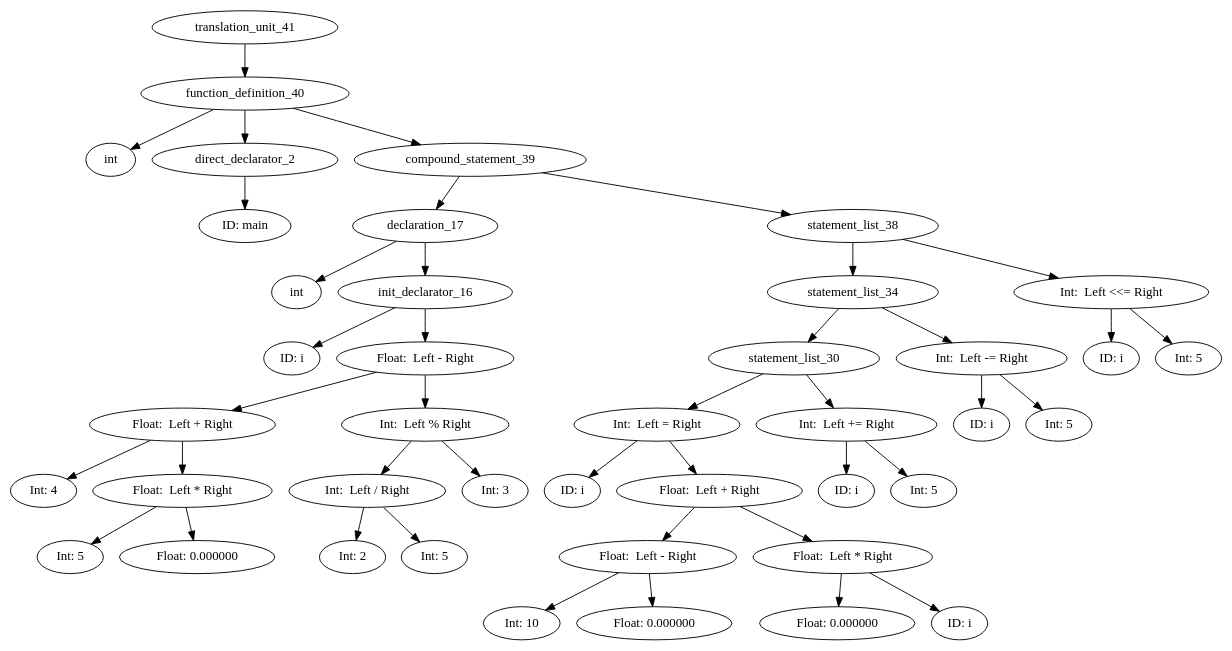
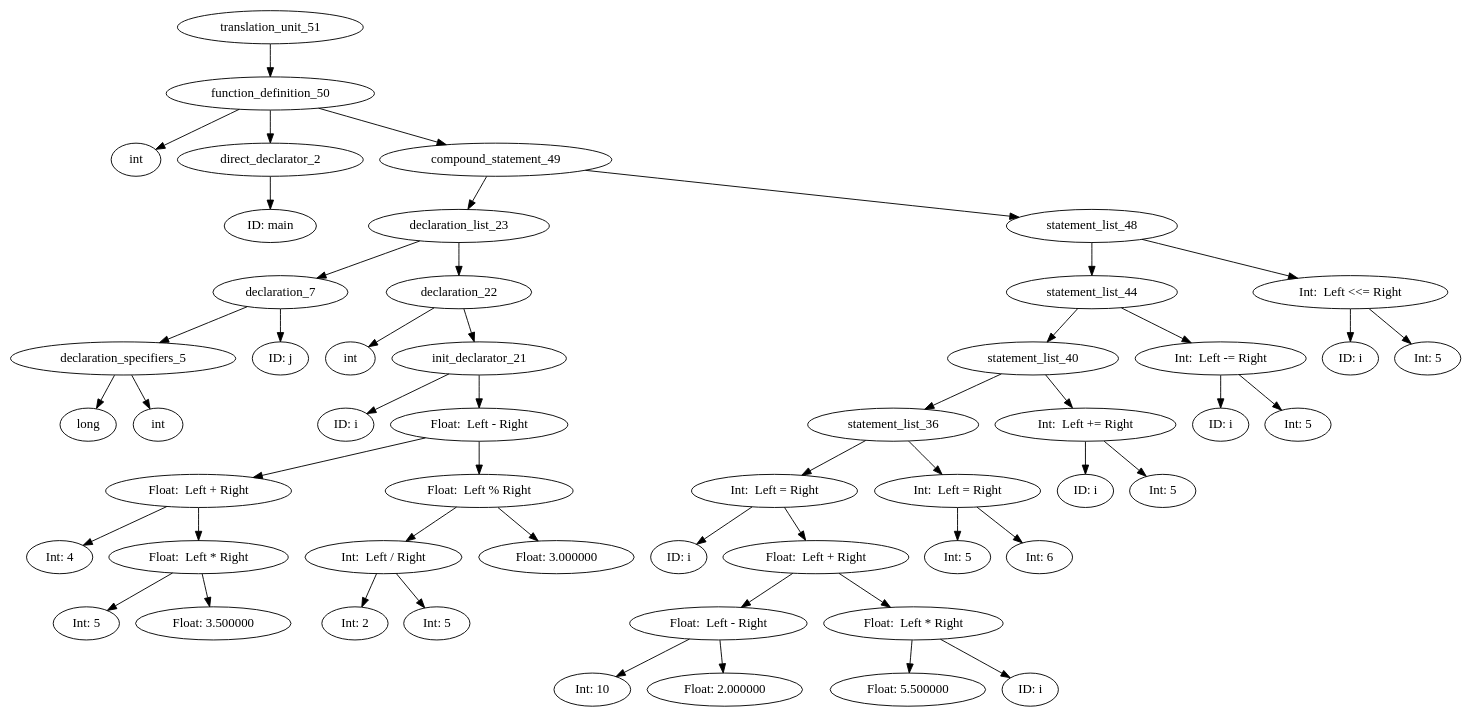
The diagram in graphs/default.gv (ahpalmerUNR/c_compiler), drawn with Graphviz before and after one commit. The commit also changed 5 other files, not shown here.

```diff
--- a/graphs/default.gv
+++ b/graphs/default.gv
@@ -1,76 +1,92 @@
 digraph AST {
-	translation_unit_41 -> function_definition_40;
-	function_definition_40 -> type_specifier_0;
+	translation_unit_51 -> function_definition_50;
+	function_definition_50 -> type_specifier_0;
 	type_specifier_0 [label="int"]
-	function_definition_40 -> direct_declarator_2;
+	function_definition_50 -> direct_declarator_2;
 	direct_declarator_2 -> identifier_1;
 	identifier_1 [label="ID: main"]
-	function_definition_40 -> compound_statement_39;
-	compound_statement_39 -> declaration_17;
-	declaration_17 -> type_specifier_3;
-	type_specifier_3 [label="int"]
-	declaration_17 -> init_declarator_16;
-	init_declarator_16 -> identifier_4;
-	identifier_4 [label="ID: i"]
-	init_declarator_16 -> unary_expression_15;
-	unary_expression_15 [label="Float:  Left - Right"]
-	unary_expression_15 -> unary_expression_9;
-	unary_expression_9 [label="Float:  Left + Right"]
-	unary_expression_9 -> constant_5;
-	constant_5 [label="Int: 4"]
-	unary_expression_9 -> unary_expression_8;
-	unary_expression_8 [label="Float:  Left * Right"]
-	unary_expression_8 -> constant_6;
-	constant_6 [label="Int: 5"]
-	unary_expression_8 -> constant_7;
-	constant_7 [label="Float: 0.000000"]
-	unary_expression_15 -> unary_expression_14;
-	unary_expression_14 [label="Int:  Left % Right"]
-	unary_expression_14 -> unary_expression_12;
-	unary_expression_12 [label="Int:  Left / Right"]
-	unary_expression_12 -> constant_10;
-	constant_10 [label="Int: 2"]
-	unary_expression_12 -> constant_11;
+	function_definition_50 -> compound_statement_49;
+	compound_statement_49 -> declaration_list_23;
+	declaration_list_23 -> declaration_7;
+	declaration_7 -> declaration_specifiers_5;
+	declaration_specifiers_5 -> type_specifier_3;
+	type_specifier_3 [label="long"]
+	declaration_specifiers_5 -> type_specifier_4;
+	type_specifier_4 [label="int"]
+	declaration_7 -> identifier_6;
+	identifier_6 [label="ID: j"]
+	declaration_list_23 -> declaration_22;
+	declaration_22 -> type_specifier_8;
+	type_specifier_8 [label="int"]
+	declaration_22 -> init_declarator_21;
+	init_declarator_21 -> identifier_9;
+	identifier_9 [label="ID: i"]
+	init_declarator_21 -> unary_expression_20;
+	unary_expression_20 [label="Float:  Left - Right"]
+	unary_expression_20 -> unary_expression_14;
+	unary_expression_14 [label="Float:  Left + Right"]
+	unary_expression_14 -> constant_10;
+	constant_10 [label="Int: 4"]
+	unary_expression_14 -> unary_expression_13;
+	unary_expression_13 [label="Float:  Left * Right"]
+	unary_expression_13 -> constant_11;
 	constant_11 [label="Int: 5"]
-	unary_expression_14 -> constant_13;
-	constant_13 [label="Int: 3"]
-	compound_statement_39 -> statement_list_38;
-	statement_list_38 -> statement_list_34;
-	statement_list_34 -> statement_list_30;
-	statement_list_30 -> assignment_expression_26;
-	assignment_expression_26 [label="Int:  Left = Right"]
-	assignment_expression_26 -> identifier_18;
-	identifier_18 [label="ID: i"]
-	assignment_expression_26 -> unary_expression_25;
-	unary_expression_25 [label="Float:  Left + Right"]
-	unary_expression_25 -> unary_expression_21;
-	unary_expression_21 [label="Float:  Left - Right"]
-	unary_expression_21 -> constant_19;
-	constant_19 [label="Int: 10"]
-	unary_expression_21 -> constant_20;
-	constant_20 [label="Float: 0.000000"]
-	unary_expression_25 -> unary_expression_24;
-	unary_expression_24 [label="Float:  Left * Right"]
-	unary_expression_24 -> constant_22;
-	constant_22 [label="Float: 0.000000"]
-	unary_expression_24 -> identifier_23;
-	identifier_23 [label="ID: i"]
-	statement_list_30 -> assignment_expression_29;
-	assignment_expression_29 [label="Int:  Left += Right"]
-	assignment_expression_29 -> identifier_27;
-	identifier_27 [label="ID: i"]
-	assignment_expression_29 -> constant_28;
-	constant_28 [label="Int: 5"]
-	statement_list_34 -> assignment_expression_33;
-	assignment_expression_33 [label="Int:  Left -= Right"]
-	assignment_expression_33 -> identifier_31;
-	identifier_31 [label="ID: i"]
-	assignment_expression_33 -> constant_32;
-	constant_32 [label="Int: 5"]
-	statement_list_38 -> assignment_expression_37;
-	assignment_expression_37 [label="Int:  Left <<= Right"]
-	assignment_expression_37 -> identifier_35;
-	identifier_35 [label="ID: i"]
-	assignment_expression_37 -> constant_36;
-	constant_36 [label="Int: 5"]
+	unary_expression_13 -> constant_12;
+	constant_12 [label="Float: 3.500000"]
+	unary_expression_20 -> unary_expression_19;
+	unary_expression_19 [label="Float:  Left % Right"]
+	unary_expression_19 -> unary_expression_17;
+	unary_expression_17 [label="Int:  Left / Right"]
+	unary_expression_17 -> constant_15;
+	constant_15 [label="Int: 2"]
+	unary_expression_17 -> constant_16;
+	constant_16 [label="Int: 5"]
+	unary_expression_19 -> constant_18;
+	constant_18 [label="Float: 3.000000"]
+	compound_statement_49 -> statement_list_48;
+	statement_list_48 -> statement_list_44;
+	statement_list_44 -> statement_list_40;
+	statement_list_40 -> statement_list_36;
+	statement_list_36 -> assignment_expression_32;
+	assignment_expression_32 [label="Int:  Left = Right"]
+	assignment_expression_32 -> identifier_24;
+	identifier_24 [label="ID: i"]
+	assignment_expression_32 -> unary_expression_31;
+	unary_expression_31 [label="Float:  Left + Right"]
+	unary_expression_31 -> unary_expression_27;
+	unary_expression_27 [label="Float:  Left - Right"]
+	unary_expression_27 -> constant_25;
+	constant_25 [label="Int: 10"]
+	unary_expression_27 -> constant_26;
+	constant_26 [label="Float: 2.000000"]
+	unary_expression_31 -> unary_expression_30;
+	unary_expression_30 [label="Float:  Left * Right"]
+	unary_expression_30 -> constant_28;
+	constant_28 [label="Float: 5.500000"]
+	unary_expression_30 -> identifier_29;
+	identifier_29 [label="ID: i"]
+	statement_list_36 -> assignment_expression_35;
+	assignment_expression_35 [label="Int:  Left = Right"]
+	assignment_expression_35 -> constant_33;
+	constant_33 [label="Int: 5"]
+	assignment_expression_35 -> constant_34;
+	constant_34 [label="Int: 6"]
+	statement_list_40 -> assignment_expression_39;
+	assignment_expression_39 [label="Int:  Left += Right"]
+	assignment_expression_39 -> identifier_37;
+	identifier_37 [label="ID: i"]
+	assignment_expression_39 -> constant_38;
+	constant_38 [label="Int: 5"]
+	statement_list_44 -> assignment_expression_43;
+	assignment_expression_43 [label="Int:  Left -= Right"]
+	assignment_expression_43 -> identifier_41;
+	identifier_41 [label="ID: i"]
+	assignment_expression_43 -> constant_42;
+	constant_42 [label="Int: 5"]
+	statement_list_48 -> assignment_expression_47;
+	assignment_expression_47 [label="Int:  Left <<= Right"]
+	assignment_expression_47 -> identifier_45;
+	identifier_45 [label="ID: i"]
+	assignment_expression_47 -> constant_46;
+	constant_46 [label="Int: 5"]
 }
```
